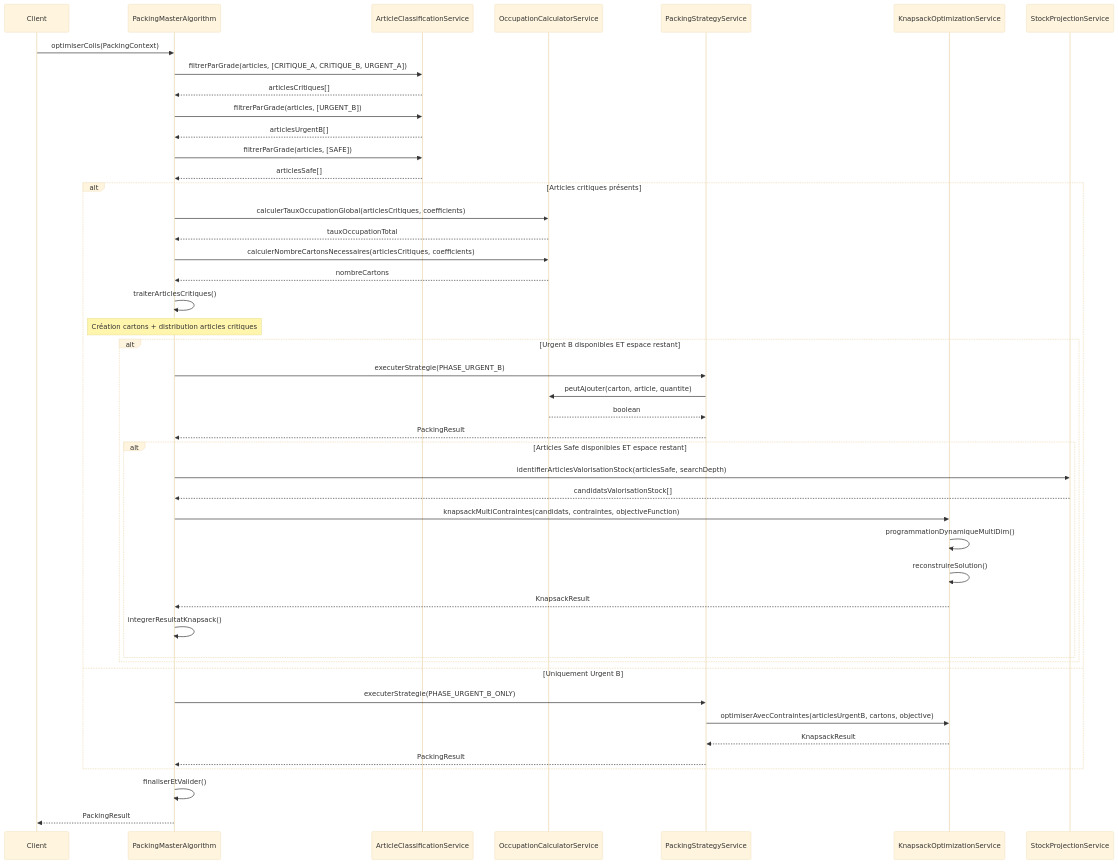
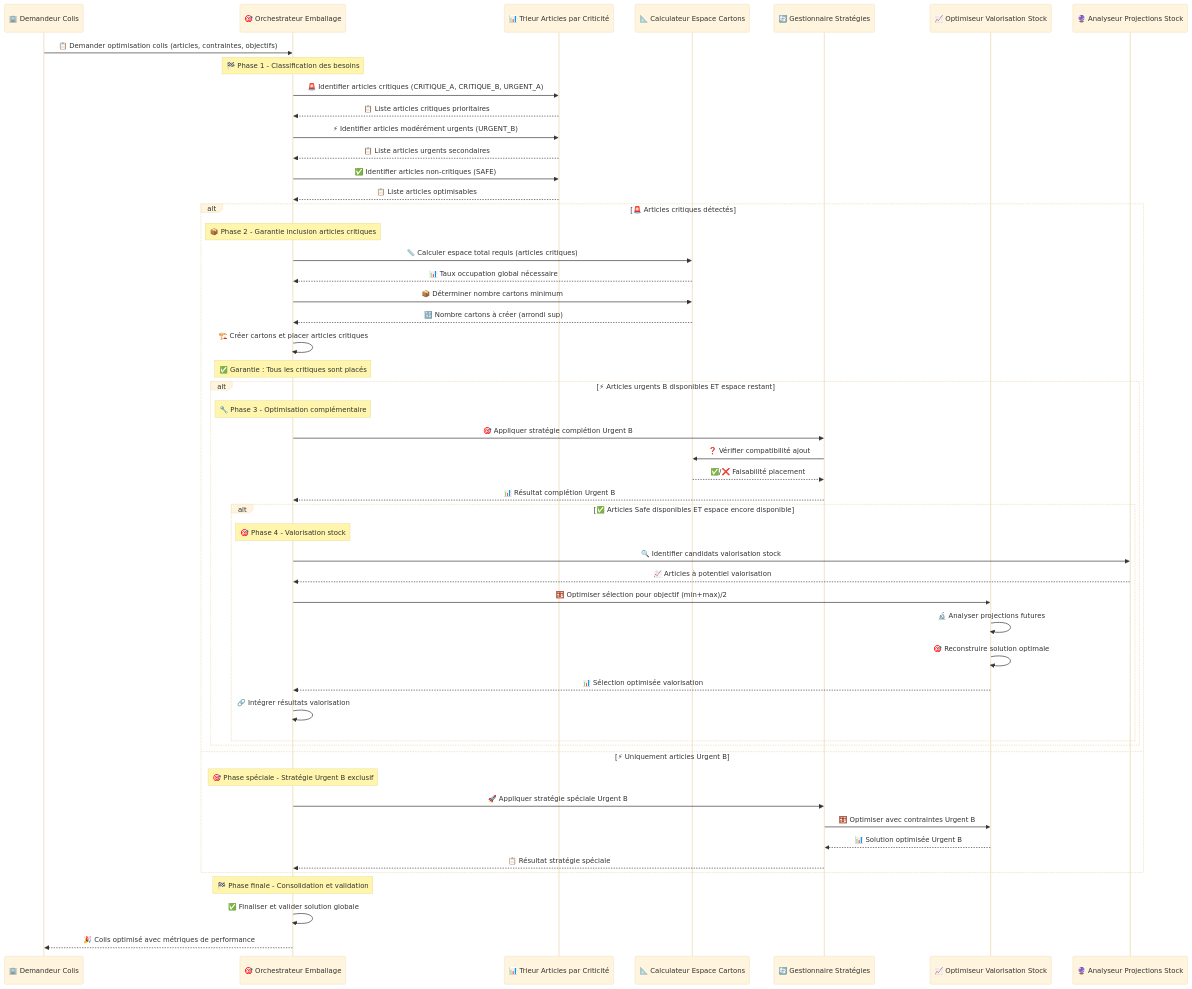
Before and after one commit to Singularity-Institute/PTL-r-appro-: the first of 3 diagrams in Conception-Knapsack-Adaptatif-Modulaire.md, drawn with Mermaid (base theme). The commit also changed other lines of this file, not shown here.

````diff
--- a/Conception-Knapsack-Adaptatif-Modulaire.md
+++ b/Conception-Knapsack-Adaptatif-Modulaire.md
@@ -1215,59 +1212,71 @@
 ```mermaid
 sequenceDiagram
-    participant Client
-    participant PMaster as PackingMasterAlgorithm
-    participant ClassifS as ArticleClassificationService
-    participant OccupS as OccupationCalculatorService
-    participant StratS as PackingStrategyService
-    participant KnapS as KnapsackOptimizationService
-    participant StockS as StockProjectionService
+    participant Demandeur as 🏢 Demandeur Colis
+    participant Orchestrateur as 🎯 Orchestrateur Emballage
+    participant TrieurArticles as 📊 Trieur Articles par Criticité
+    participant CalculateurEspace as 📐 Calculateur Espace Cartons
+    participant GestionnaireStrategies as 🔄 Gestionnaire Stratégies
+    participant OptimiseurStock as 📈 Optimiseur Valorisation Stock
+    participant AnalyseurProjections as 🔮 Analyseur Projections Stock
 
-    Client->>PMaster: optimiserColis(PackingContext)
+    Demandeur->>Orchestrateur: 📋 Demander optimisation colis (articles, contraintes, objectifs)
 
-    PMaster->>ClassifS: filtrerParGrade(articles, [CRITIQUE_A, CRITIQUE_B, URGENT_A])
-    ClassifS-->>PMaster: articlesCritiques[]
+    Note over Orchestrateur: 🏁 Phase 1 - Classification des besoins
 
-    PMaster->>ClassifS: filtrerParGrade(articles, [URGENT_B])
-    ClassifS-->>PMaster: articlesUrgentB[]
+    Orchestrateur->>TrieurArticles: 🚨 Identifier articles critiques (CRITIQUE_A, CRITIQUE_B, URGENT_A)
+    TrieurArticles-->>Orchestrateur: 📋 Liste articles critiques prioritaires
 
-    PMaster->>ClassifS: filtrerParGrade(articles, [SAFE])
-    ClassifS-->>PMaster: articlesSafe[]
+    Orchestrateur->>TrieurArticles: ⚡ Identifier articles modérément urgents (URGENT_B)
+    TrieurArticles-->>Orchestrateur: 📋 Liste articles urgents secondaires
 
-    alt Articles critiques présents
-        PMaster->>OccupS: calculerTauxOccupationGlobal(articlesCritiques, coefficients)
-        OccupS-->>PMaster: tauxOccupationTotal
+    Orchestrateur->>TrieurArticles: ✅ Identifier articles non-critiques (SAFE)
+    TrieurArticles-->>Orchestrateur: 📋 Liste articles optimisables
 
-        PMaster->>OccupS: calculerNombreCartonsNecessaires(articlesCritiques, coefficients)
-        OccupS-->>PMaster: nombreCartons
+    alt 🚨 Articles critiques détectés
+        Note over Orchestrateur: 📦 Phase 2 - Garantie inclusion articles critiques
 
-        PMaster->>PMaster: traiterArticlesCritiques()
-        Note over PMaster: Création cartons + distribution articles critiques
+        Orchestrateur->>CalculateurEspace: 📏 Calculer espace total requis (articles critiques)
+        CalculateurEspace-->>Orchestrateur: 📊 Taux occupation global nécessaire
 
-        alt Urgent B disponibles ET espace restant
-            PMaster->>StratS: executerStrategie(PHASE_URGENT_B)
-            StratS->>OccupS: peutAjouter(carton, article, quantite)
-            OccupS-->>StratS: boolean
-            StratS-->>PMaster: PackingResult
+        Orchestrateur->>CalculateurEspace: 📦 Déterminer nombre cartons minimum
+        CalculateurEspace-->>Orchestrateur: 🔢 Nombre cartons à créer (arrondi sup)
 
-            alt Articles Safe disponibles ET espace restant
-                PMaster->>StockS: identifierArticlesValorisationStock(articlesSafe, searchDepth)
-                StockS-->>PMaster: candidatsValorisationStock[]
+        Orchestrateur->>Orchestrateur: 🏗️ Créer cartons et placer articles critiques
+        Note over Orchestrateur: ✅ Garantie : Tous les critiques sont placés
 
-                PMaster->>KnapS: knapsackMultiContraintes(candidats, contraintes, objectiveFunction)
-                KnapS->>KnapS: programmationDynamiqueMultiDim()
-                KnapS->>KnapS: reconstruireSolution()
-                KnapS-->>PMaster: KnapsackResult
+        alt ⚡ Articles urgents B disponibles ET espace restant
+            Note over Orchestrateur: 🔧 Phase 3 - Optimisation complémentaire
 
-                PMaster->>PMaster: integrerResultatKnapsack()
+            Orchestrateur->>GestionnaireStrategies: 🎯 Appliquer stratégie complétion Urgent B
+            GestionnaireStrategies->>CalculateurEspace: ❓ Vérifier compatibilité ajout
+            CalculateurEspace-->>GestionnaireStrategies: ✅/❌ Faisabilité placement
+            GestionnaireStrategies-->>Orchestrateur: 📊 Résultat complétion Urgent B
+
+            alt ✅ Articles Safe disponibles ET espace encore disponible
+                Note over Orchestrateur: 🎯 Phase 4 - Valorisation stock
+
+                Orchestrateur->>AnalyseurProjections: 🔍 Identifier candidats valorisation stock
+                AnalyseurProjections-->>Orchestrateur: 📈 Articles à potentiel valorisation
+
+                Orchestrateur->>OptimiseurStock: 🧮 Optimiser sélection pour objectif (min+max)/2
+                OptimiseurStock->>OptimiseurStock: 🔬 Analyser projections futures
+                OptimiseurStock->>OptimiseurStock: 🎯 Reconstruire solution optimale
+                OptimiseurStock-->>Orchestrateur: 📊 Sélection optimisée valorisation
+
+                Orchestrateur->>Orchestrateur: 🔗 Intégrer résultats valorisation
             end
         end
-    else Uniquement Urgent B
-        PMaster->>StratS: executerStrategie(PHASE_URGENT_B_ONLY)
-        StratS->>KnapS: optimiserAvecContraintes(articlesUrgentB, cartons, objective)
-        KnapS-->>StratS: KnapsackResult
-        StratS-->>PMaster: PackingResult
+    else ⚡ Uniquement articles Urgent B
+        Note over Orchestrateur: 🎯 Phase spéciale - Stratégie Urgent B exclusif
+
+        Orchestrateur->>GestionnaireStrategies: 🚀 Appliquer stratégie spéciale Urgent B
+        GestionnaireStrategies->>OptimiseurStock: 🧮 Optimiser avec contraintes Urgent B
+        OptimiseurStock-->>GestionnaireStrategies: 📊 Solution optimisée Urgent B
+        GestionnaireStrategies-->>Orchestrateur: 📋 Résultat stratégie spéciale
     end
 
-    PMaster->>PMaster: finaliserEtValider()
-    PMaster-->>Client: PackingResult
+    Note over Orchestrateur: 🏁 Phase finale - Consolidation et validation
+
+    Orchestrateur->>Orchestrateur: ✅ Finaliser et valider solution globale
+    Orchestrateur-->>Demandeur: 🎉 Colis optimisé avec métriques de performance
 ```
````
